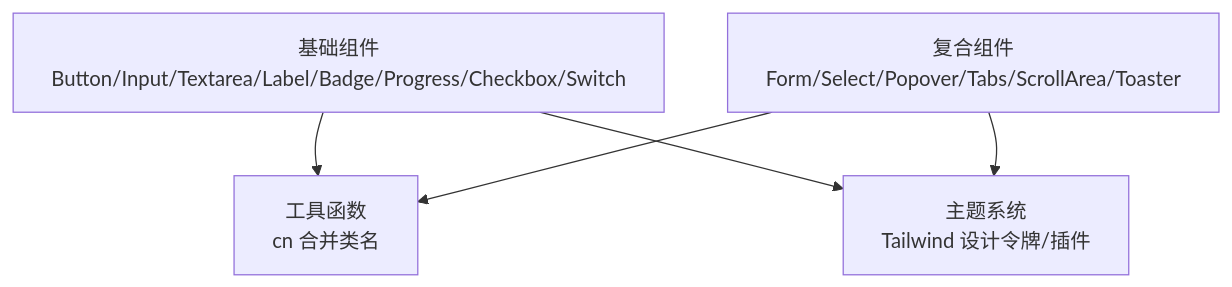
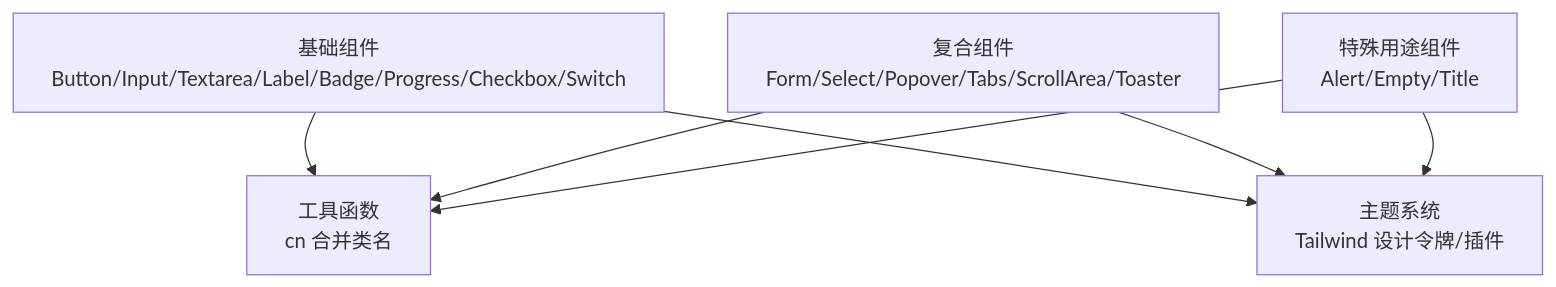
One commit to RadiumAg/bilibili-favorites changed the second of 10 diagrams in .qoder/repowiki/zh/content/UI组件系统/UI组件系统.md. Above: the diagram before and after it, drawn with Mermaid. The commit also changed other lines of this file and 5 other files, not shown here.

First line of the commit message:
feat(ui): 新增 Alert、Empty、Title 基础UI组件完善体系

````diff
--- a/.qoder/repowiki/zh/content/UI组件系统/UI组件系统.md
+++ b/.qoder/repowiki/zh/content/UI组件系统/UI组件系统.md
@@ -262,11 +299,14 @@
 ```mermaid
 graph TB
 Base["基础组件<br/>Button/Input/Textarea/Label/Badge/Progress/Checkbox/Switch"]
 Composite["复合组件<br/>Form/Select/Popover/Tabs/ScrollArea/Toaster"]
+Special["特殊用途组件<br/>Alert/Empty/Title"]
 Util["工具函数<br/>cn 合并类名"]
 Theme["主题系统<br/>Tailwind 设计令牌/插件"]
 Base --> Util
 Composite --> Util
+Special --> Util
 Base --> Theme
 Composite --> Theme
+Special --> Theme
 ```
````
